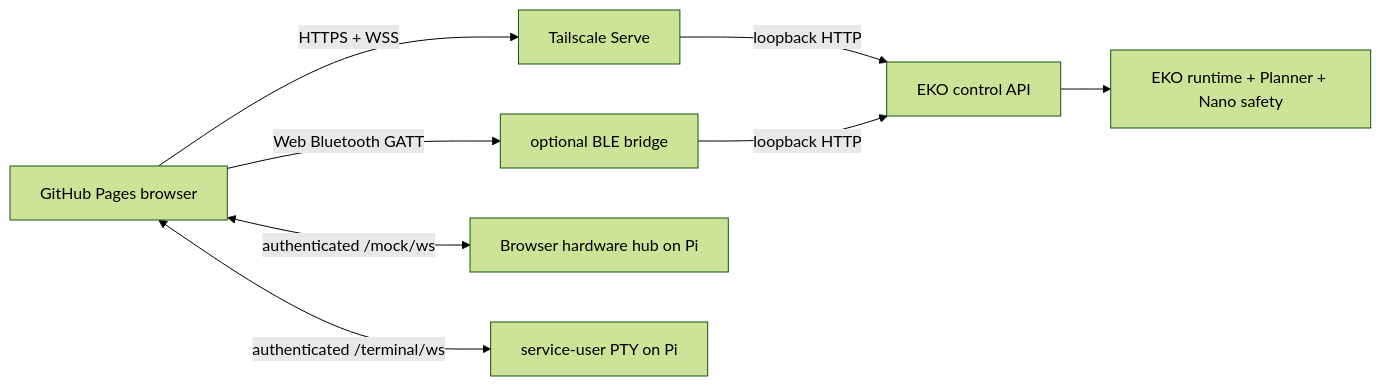
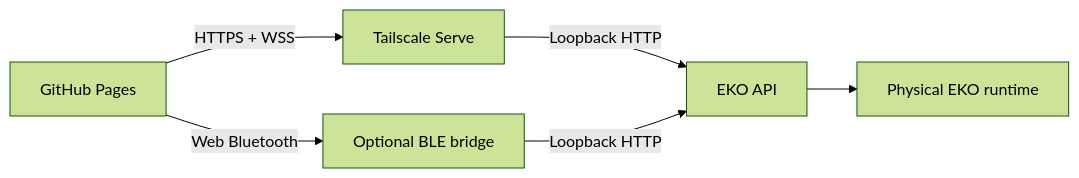
The first of 2 diagrams in docs/ARCHITECTURE.md (Harsheys-I/EKO-Remote), drawn with Mermaid (forest theme) before and after one commit. The commit also changed other lines of this file and 36 other files, not shown here.

````diff
--- a/docs/ARCHITECTURE.md
+++ b/docs/ARCHITECTURE.md
@@ -9,10 +8,8 @@
 ```mermaid
 flowchart LR
-    Browser["GitHub Pages browser"] -->|"HTTPS + WSS"| Serve["Tailscale Serve"]
-    Serve -->|"loopback HTTP"| API["EKO control API"]
-    Browser -->|"Web Bluetooth GATT"| Bridge["optional BLE bridge"]
-    Bridge -->|"loopback HTTP"| API
-    Browser <-->|"authenticated /mock/ws"| Mock["Browser hardware hub on Pi"]
-    Browser <-->|"authenticated /terminal/ws"| PTY["service-user PTY on Pi"]
-    API --> Runtime["EKO runtime + Planner + Nano safety"]
+    Browser["GitHub Pages"] -->|"HTTPS + WSS"| Serve["Tailscale Serve"]
+    Serve -->|"Loopback HTTP"| API["EKO API"]
+    Browser -->|"Web Bluetooth"| Bridge["Optional BLE bridge"]
+    Bridge -->|"Loopback HTTP"| API
+    API --> Runtime["Physical EKO runtime"]
 ```
````
